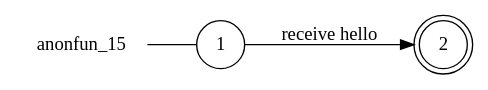
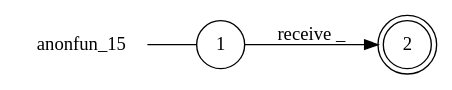
The diagram in examples/high-order-fun/anonfun_15_local_view.dot (gabrielegenovese/chorer), drawn with Graphviz before and after one commit. The commit also changed 44 other files, not shown here.

```diff
--- a/examples/high-order-fun/anonfun_15_local_view.dot
+++ b/examples/high-order-fun/anonfun_15_local_view.dot
@@ -1,9 +1,9 @@
 digraph anonfun_15 {
 	rankdir="LR";
 	n_0 [label="anonfun_15", shape="plaintext"];
 	n_1 [id="1", shape=circle, label="1"];
 	n_0 -> n_1 [arrowhead=none];
 	n_2 [id="2", shape=doublecircle, label="2"];
 
-	n_1 -> n_2 [id="[$e|0]", label="receive hello"];
+	n_1 -> n_2 [id="[$e|0]", label="receive _"];
 }
```
